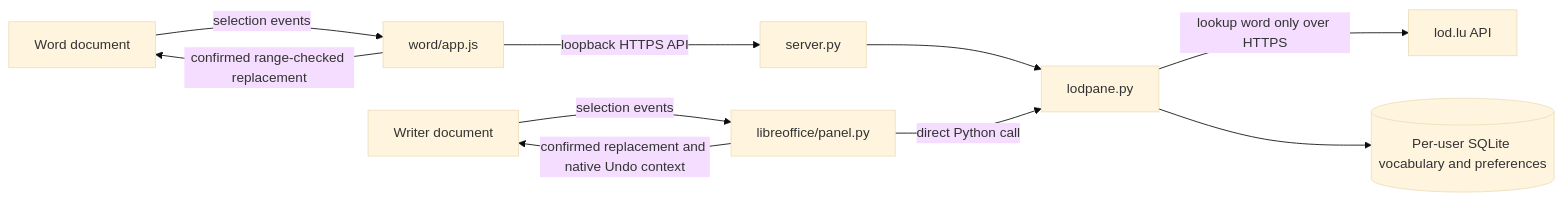
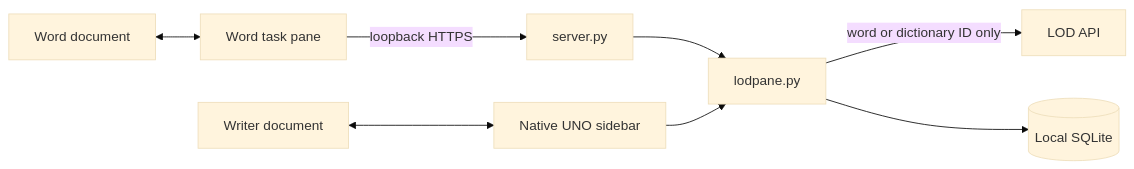
One commit to Mohammed-Ashour/lod-pane changed the diagram in ARCHITECTURE.md. Above: the diagram before and after it, drawn with Mermaid (base theme). The commit also changed other lines of this file and 24 other files, not shown here.

````diff
--- a/ARCHITECTURE.md
+++ b/ARCHITECTURE.md
@@ -25,12 +5,10 @@
 ```mermaid
 flowchart LR
-    Word[Word document] -->|selection events| Web[word/app.js]
-    Web -->|confirmed range-checked replacement| Word
-    Web -->|loopback HTTPS API| Host[server.py]
-    Host --> Core[lodpane.py]
-    Writer[Writer document] -->|selection events| Native[libreoffice/panel.py]
-    Native -->|confirmed replacement and native Undo context| Writer
-    Native -->|direct Python call| Core
-    Core -->|lookup word only over HTTPS| LOD[lod.lu API]
-    Core --> SQLite[(Per-user SQLite vocabulary and preferences)]
+    Word[Word document] <--> Web[Word task pane]
+    Web -->|loopback HTTPS| Server[server.py]
+    Writer[Writer document] <--> UNO[Native UNO sidebar]
+    Server --> Core[lodpane.py]
+    UNO --> Core
+    Core -->|word or dictionary ID only| LOD[LOD API]
+    Core --> DB[(Local SQLite)]
 ```
````
